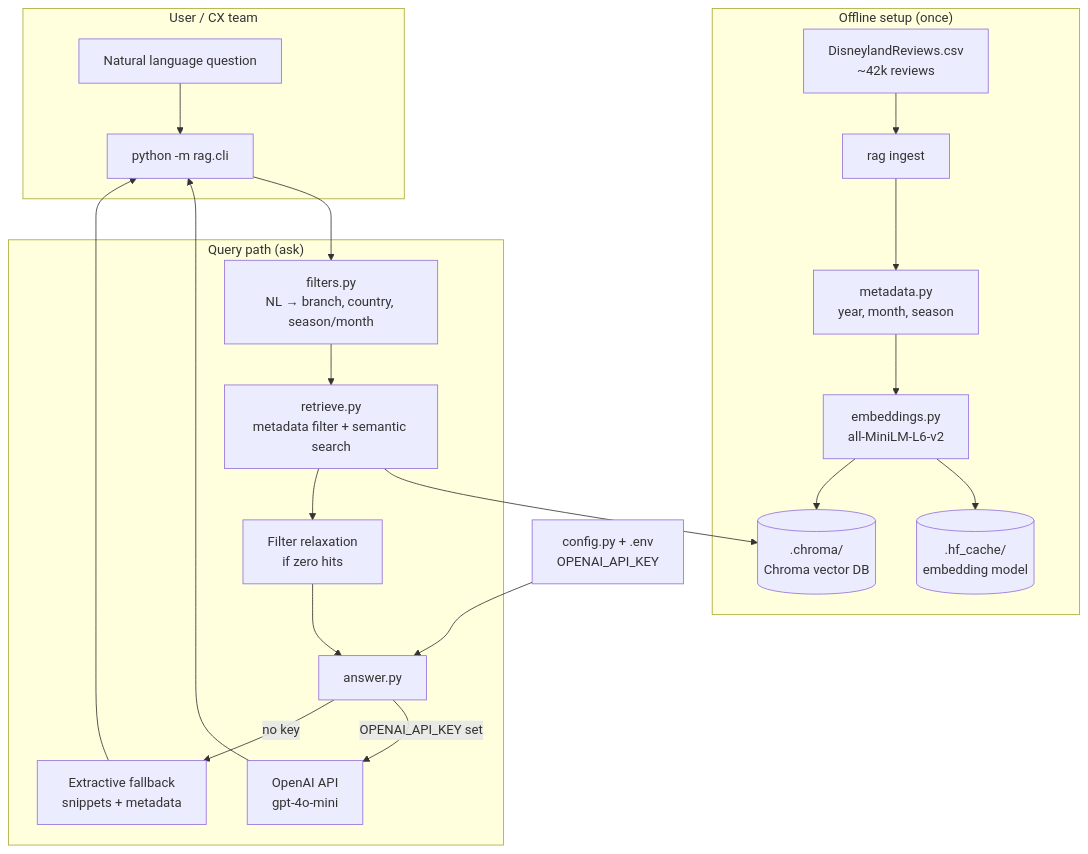
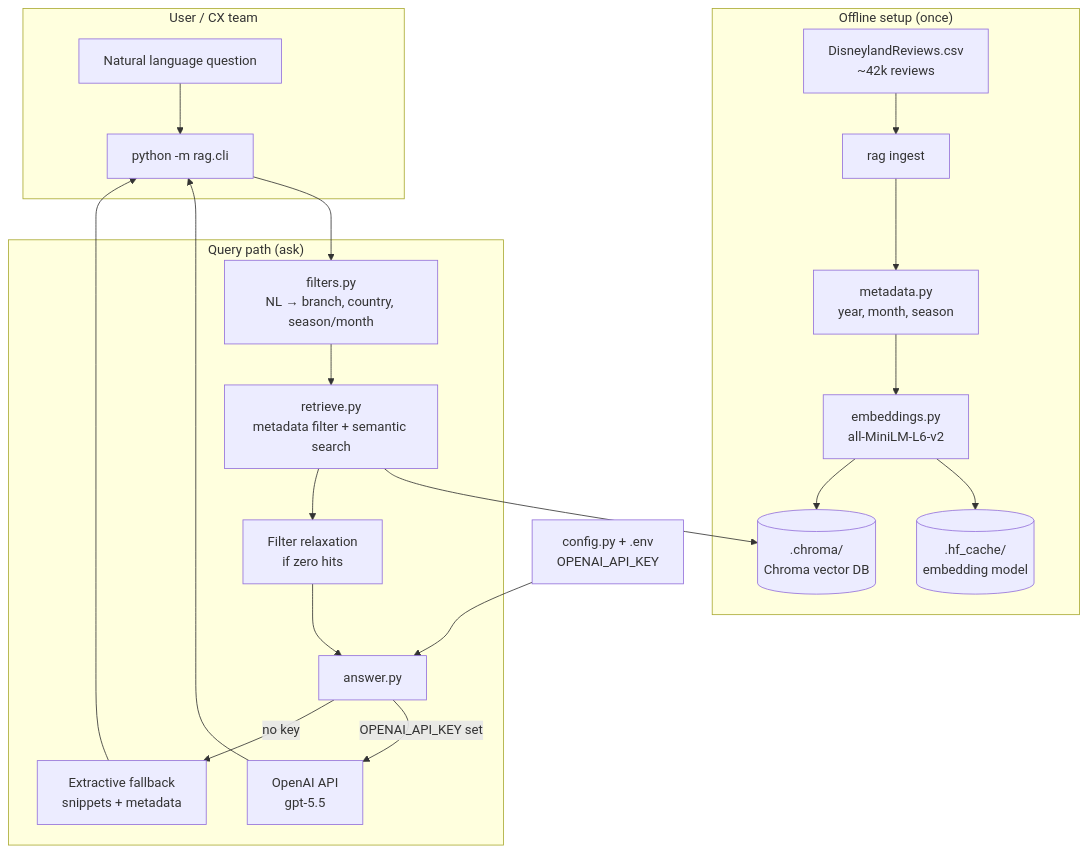
One commit to gershonc/RAGnaRock changed the first of 3 diagrams in README.md. Above: the diagram before and after it, drawn with Mermaid. The commit also changed other lines of this file and 2 other files, not shown here.

Commit message:
Use gpt-5.5 as the default OpenAI model for RAG answers.
Centralize the default in config and document the change in the README.

````diff
--- a/README.md
+++ b/README.md
@@ -31,45 +31,45 @@
 ```mermaid
 flowchart TB
     subgraph User["User / CX team"]
         Q["Natural language question"]
         CLI["python -m rag.cli"]
     end
 
     subgraph Offline["Offline setup (once)"]
         CSV["DisneylandReviews.csv\n~42k reviews"]
         INGEST["rag ingest"]
         META["metadata.py\nyear, month, season"]
         EMB["embeddings.py\nall-MiniLM-L6-v2"]
         CHROMA[(".chroma/\nChroma vector DB")]
         HF[(".hf_cache/\nembedding model")]
     end
 
     subgraph Online["Query path (ask)"]
         FILTERS["filters.py\nNL → branch, country, season/month"]
         RET["retrieve.py\nmetadata filter + semantic search"]
         RELAX["Filter relaxation\nif zero hits"]
         ANS["answer.py"]
-        OAI["OpenAI API\ngpt-4o-mini"]
+        OAI["OpenAI API\ngpt-5.5"]
         FALL["Extractive fallback\nsnippets + metadata"]
     end
 
     CONFIG["config.py + .env\nOPENAI_API_KEY"]
 
     CSV --> INGEST
     INGEST --> META
     META --> EMB
     EMB --> HF
     EMB --> CHROMA
 
     Q --> CLI
     CLI --> FILTERS
     FILTERS --> RET
     RET --> CHROMA
     RET --> RELAX
     RELAX --> ANS
     CONFIG --> ANS
     ANS -->|OPENAI_API_KEY set| OAI
     ANS -->|no key| FALL
     OAI --> CLI
     FALL --> CLI
 ```
````
